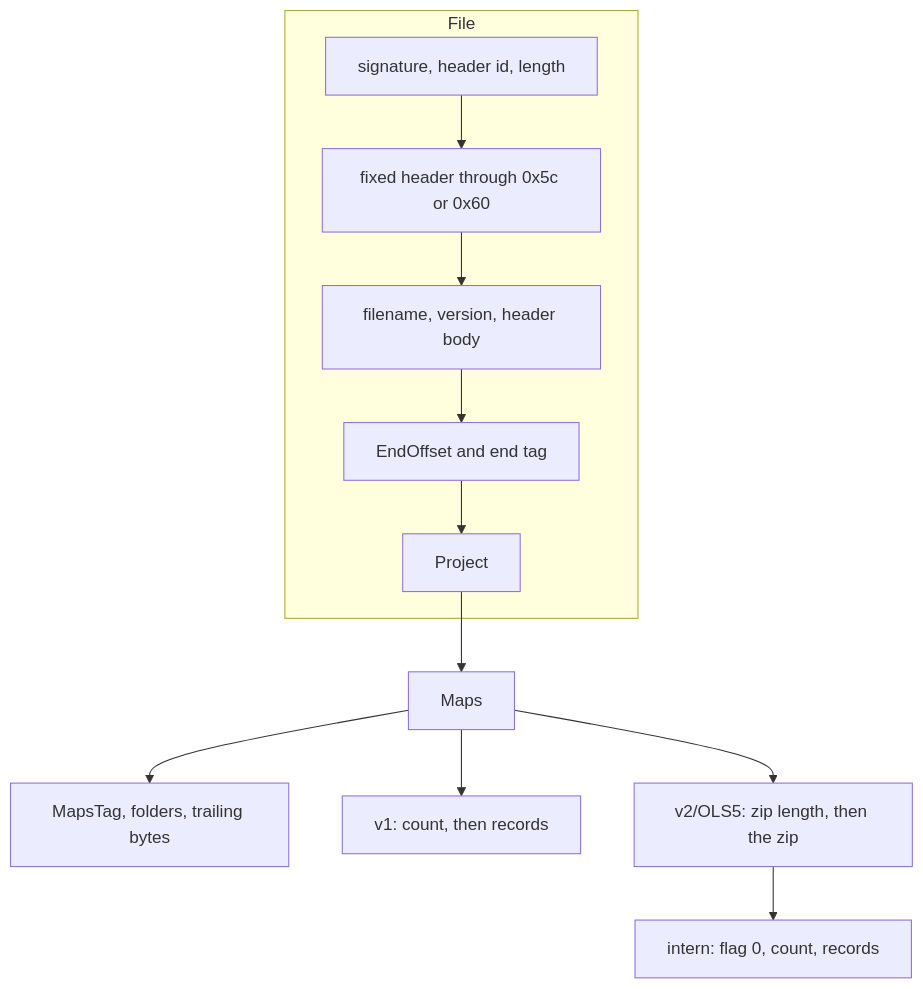
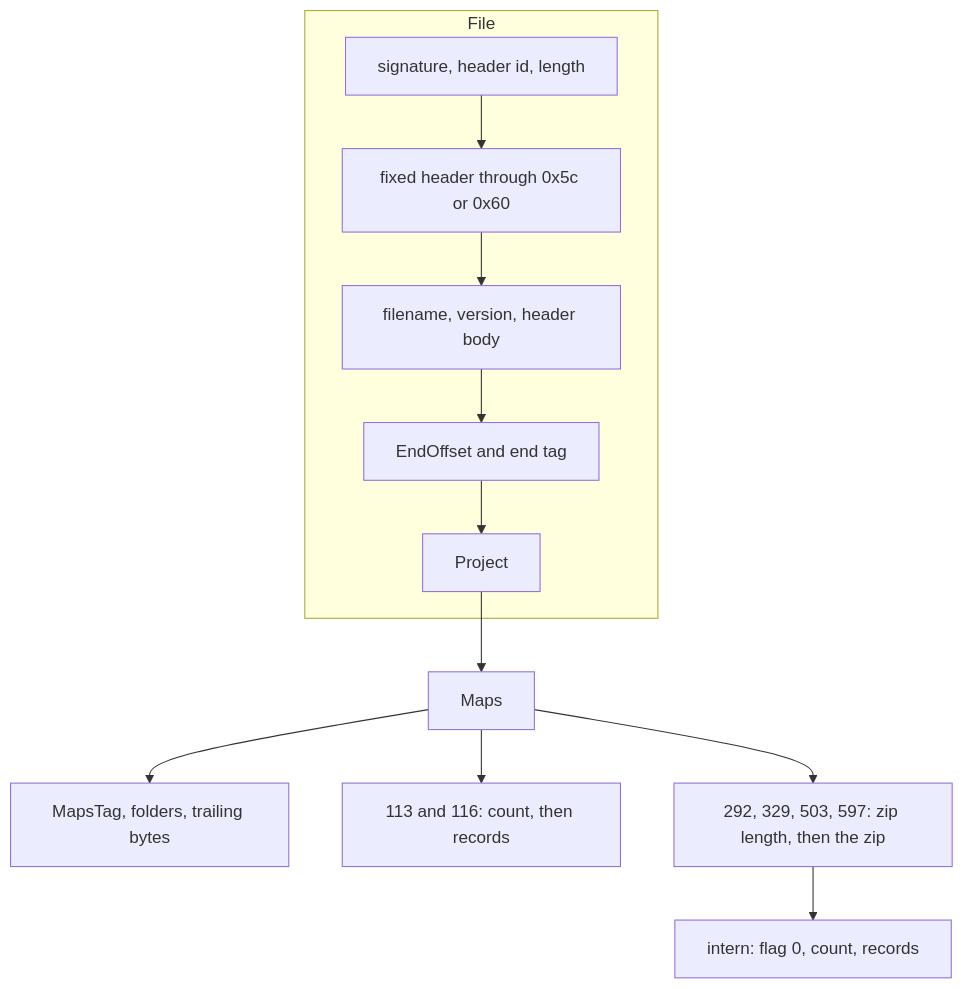
One commit to nyetlabs/xdfkit changed the diagram in docs/kp-format.md. Above: the diagram before and after it, drawn with Mermaid. The commit also changed other lines of this file and 13 other files, not shown here.

````diff
--- a/docs/kp-format.md
+++ b/docs/kp-format.md
@@ -23,14 +25,14 @@
 ```mermaid
 flowchart TD
   subgraph file [File]
     A["signature, header id, length"] --> B["fixed header through 0x5c or 0x60"]
     B --> C["filename, version, header body"]
     C --> D["EndOffset and end tag"]
     D --> E[Project]
   end
   E --> F[Maps]
   F --> G["MapsTag, folders, trailing bytes"]
-  F --> H["v1: count, then records"]
-  F --> I["v2/OLS5: zip length, then the zip"]
+  F --> H["113 and 116: count, then records"]
+  F --> I["292, 329, 503, 597: zip length, then the zip"]
   I --> J["intern: flag 0, count, records"]
 ```
````
